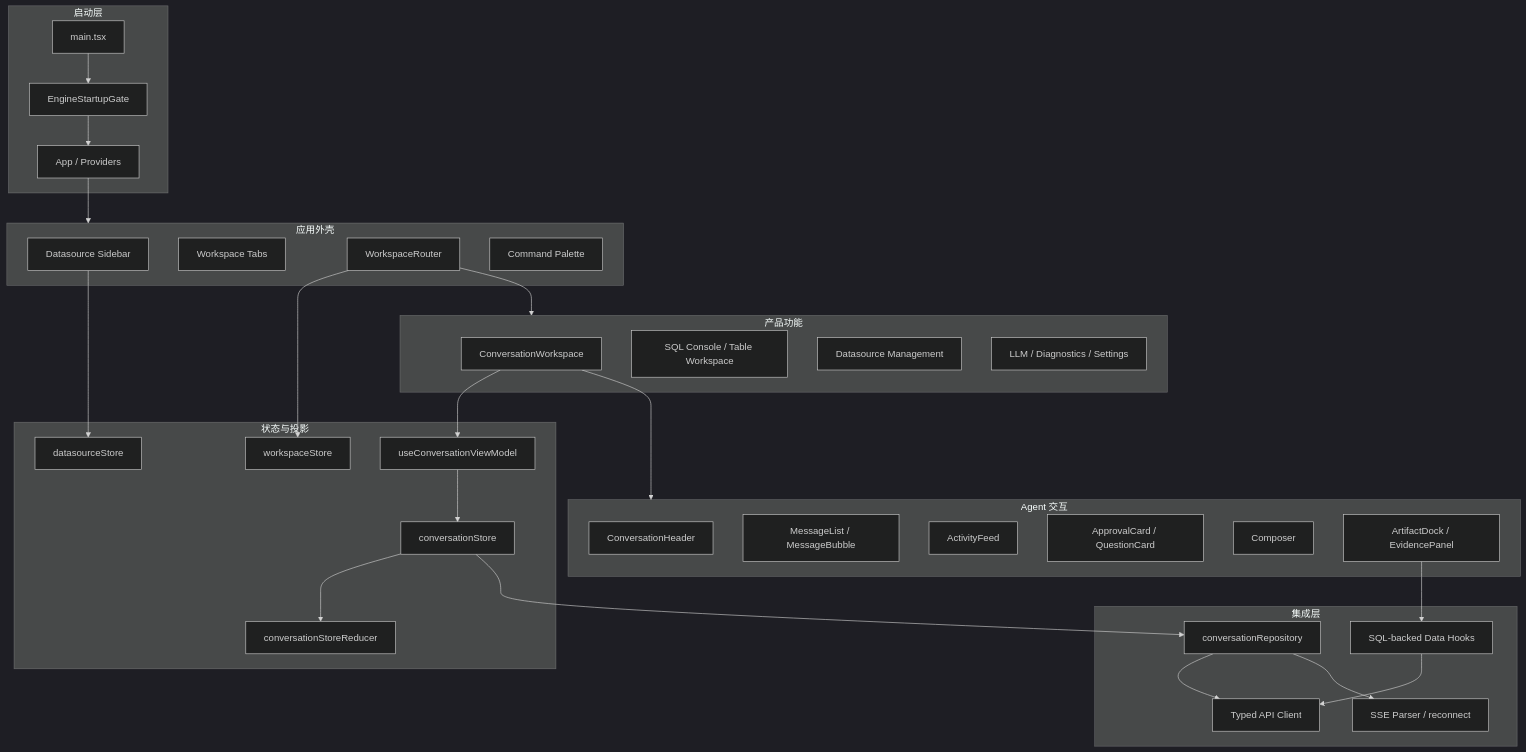
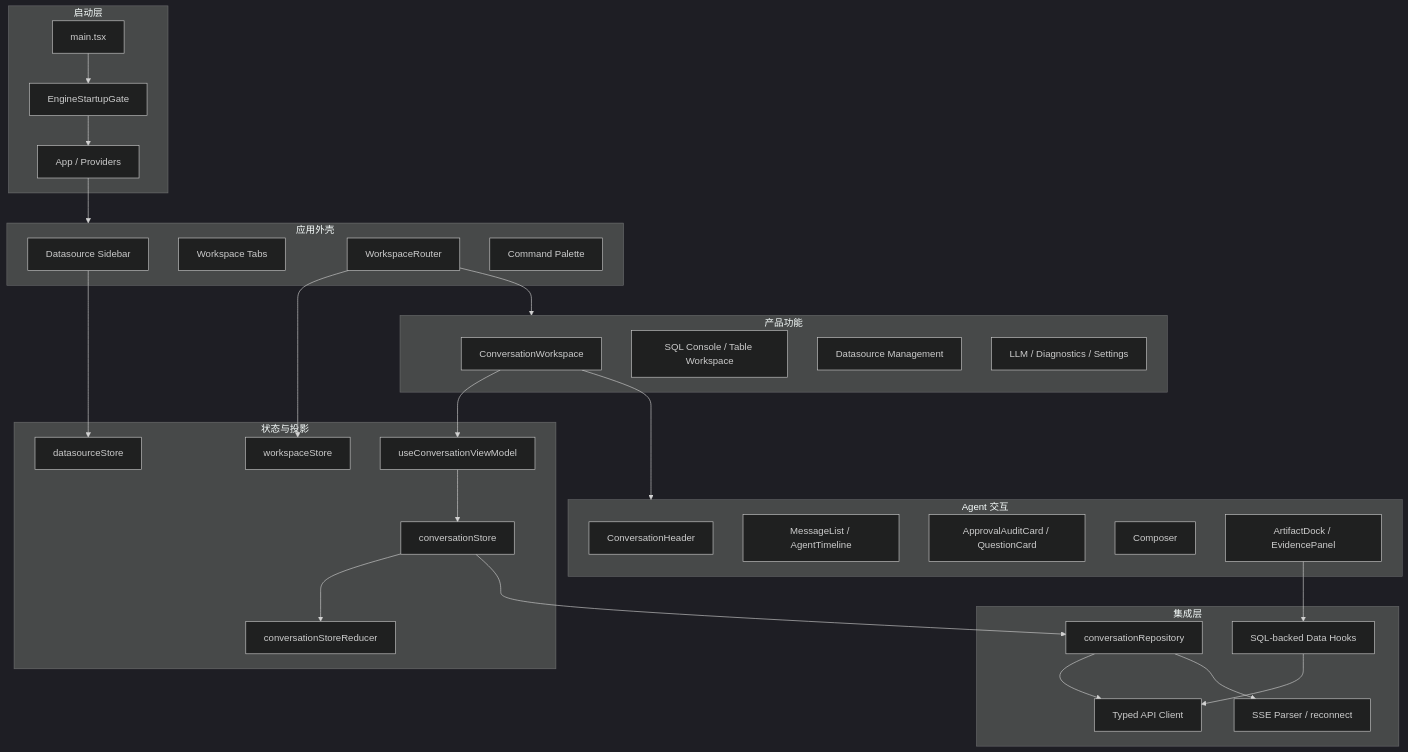
The first of 5 diagrams in docs/architecture/frontend.md (trrueee/DBFox), drawn with Mermaid (dark theme) before and after one commit. The commit also changed other lines of this file and 8 other files, not shown here.

Commit message:
chore(runtime): align startup and architecture metadata

````diff
--- a/docs/architecture/frontend.md
+++ b/docs/architecture/frontend.md
@@ -13,59 +13,58 @@
 ```mermaid
 flowchart TB
   subgraph Boot["启动层"]
     MAIN["main.tsx"]
     GATE["EngineStartupGate"]
     APP["App / Providers"]
   end
 
   subgraph Shell["应用外壳"]
     SIDEBAR["Datasource Sidebar"]
     TABS["Workspace Tabs"]
     ROUTER["WorkspaceRouter"]
     COMMAND["Command Palette"]
   end
 
   subgraph Features["产品功能"]
     CONV["ConversationWorkspace"]
     SQL["SQL Console / Table Workspace"]
     DS["Datasource Management"]
     SETTINGS["LLM / Diagnostics / Settings"]
   end
 
   subgraph Conversation["Agent 交互"]
     HEADER["ConversationHeader"]
-    MESSAGES["MessageList / MessageBubble"]
-    ACTIVITY["ActivityFeed"]
-    INTERRUPT["ApprovalCard / QuestionCard"]
+    MESSAGES["MessageList / AgentTimeline"]
+    INTERRUPT["ApprovalAuditCard / QuestionCard"]
     COMPOSER["Composer"]
     DOCK["ArtifactDock / EvidencePanel"]
   end
 
   subgraph State["状态与投影"]
     WORKSPACE["workspaceStore"]
     DATASOURCE["datasourceStore"]
     STORE["conversationStore"]
     REDUCER["conversationStoreReducer"]
     VM["useConversationViewModel"]
   end
 
   subgraph Integration["集成层"]
     REPO["conversationRepository"]
     API["Typed API Client"]
     SSE["SSE Parser / reconnect"]
     RESULT["SQL-backed Data Hooks"]
   end
 
   MAIN --> GATE --> APP --> Shell
   ROUTER --> Features
   CONV --> Conversation
   CONV --> VM
   VM --> STORE
   STORE --> REDUCER
   STORE --> REPO
   REPO --> API
   REPO --> SSE
   DOCK --> RESULT --> API
   ROUTER --> WORKSPACE
   SIDEBAR --> DATASOURCE
 ```
````
